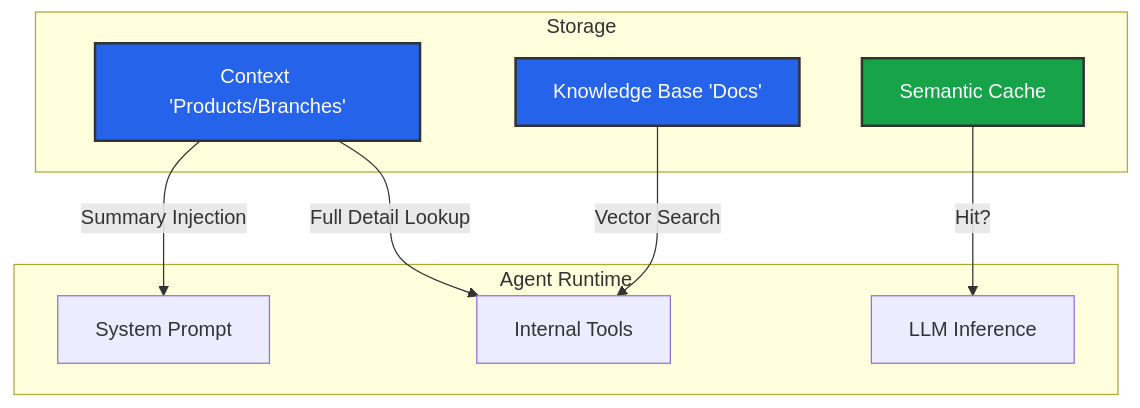
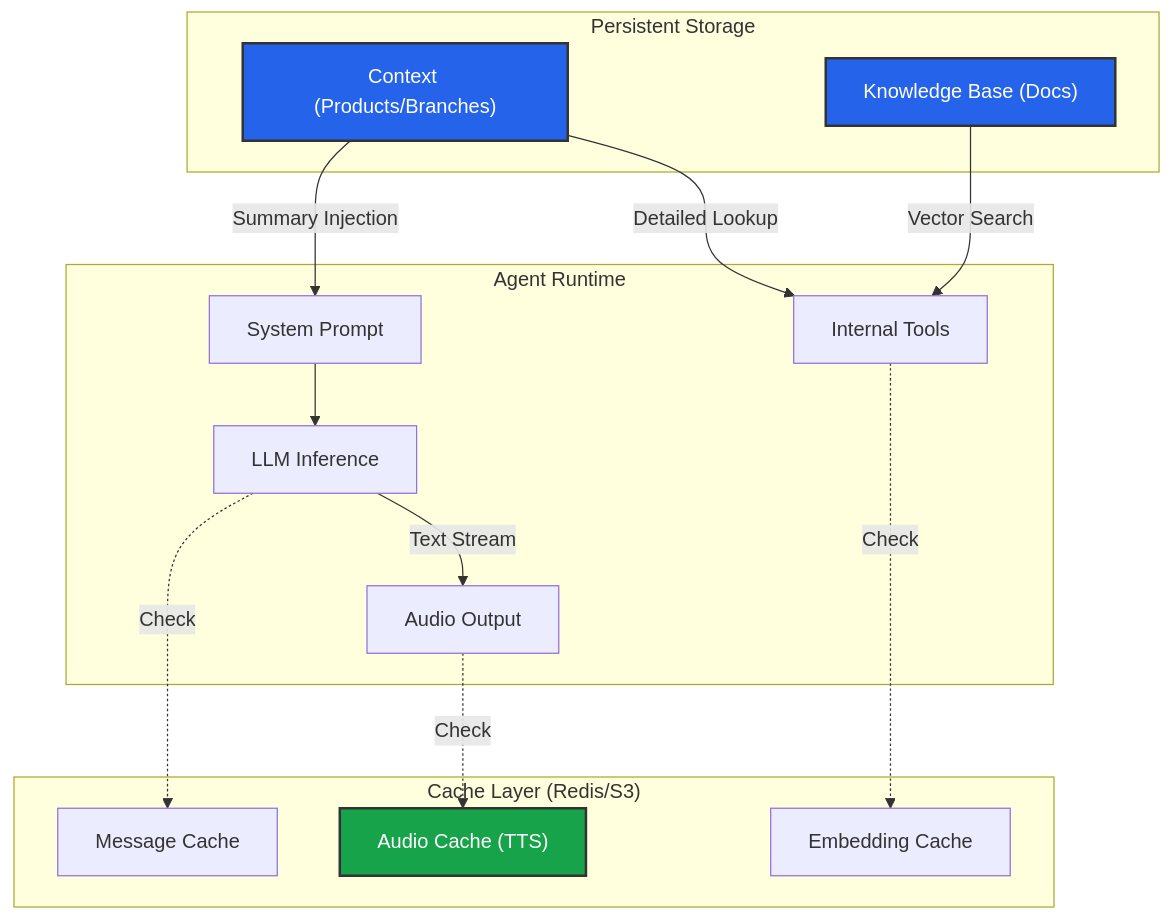
One commit to abdofallah/IqraAI-Docs changed the diagram in content/docs/build/knowledge/index.mdx. Above: the diagram before and after it, drawn with Mermaid. The commit also changed other lines of this file and 11 other files, not shown here.

````diff
--- a/content/docs/build/knowledge/index.mdx
+++ b/content/docs/build/knowledge/index.mdx
@@ -56,23 +55,40 @@
 ```mermaid
 graph TD
-    subgraph Storage
-        Ctx[Context 'Products/Branches']
-        KB[Knowledge Base 'Docs']
-        Cache[Semantic Cache]
+    subgraph "Persistent Storage"
+        Ctx["Context (Products/Branches)"]
+        KB["Knowledge Base (Docs)"]
+    end
+
+    subgraph "Cache Layer (Redis/S3)"
+        EmbedCache[Embedding Cache]
+        MsgCache[Message Cache]
+        AudioCache["Audio Cache (TTS)"]
     end
 
     subgraph "Agent Runtime"
         Prompt[System Prompt]
         Tool[Internal Tools]
         LLM[LLM Inference]
+        Speaker[Audio Output]
     end
 
+    %% Context Flow
     Ctx -->|Summary Injection| Prompt
-    Ctx -->|Full Detail Lookup| Tool
+    Ctx -->|Detailed Lookup| Tool
+
+    %% RAG Flow
     KB -->|Vector Search| Tool
-    Cache -->|Hit?| LLM
+    Tool -.->|Check| EmbedCache
+
+    %% Inference Flow
+    Prompt --> LLM
+    LLM -.->|Check| MsgCache
+    
+    %% Audio Flow
+    LLM -->|Text Stream| Speaker
+    Speaker -.->|Check| AudioCache
     
     style Ctx fill:#2563eb,stroke:#333,stroke-width:2px,color:#fff
     style KB fill:#2563eb,stroke:#333,stroke-width:2px,color:#fff
-    style Cache fill:#16a34a,stroke:#333,stroke-width:2px,color:#fff
+    style AudioCache fill:#16a34a,stroke:#333,stroke-width:2px,color:#fff
 ```
````
